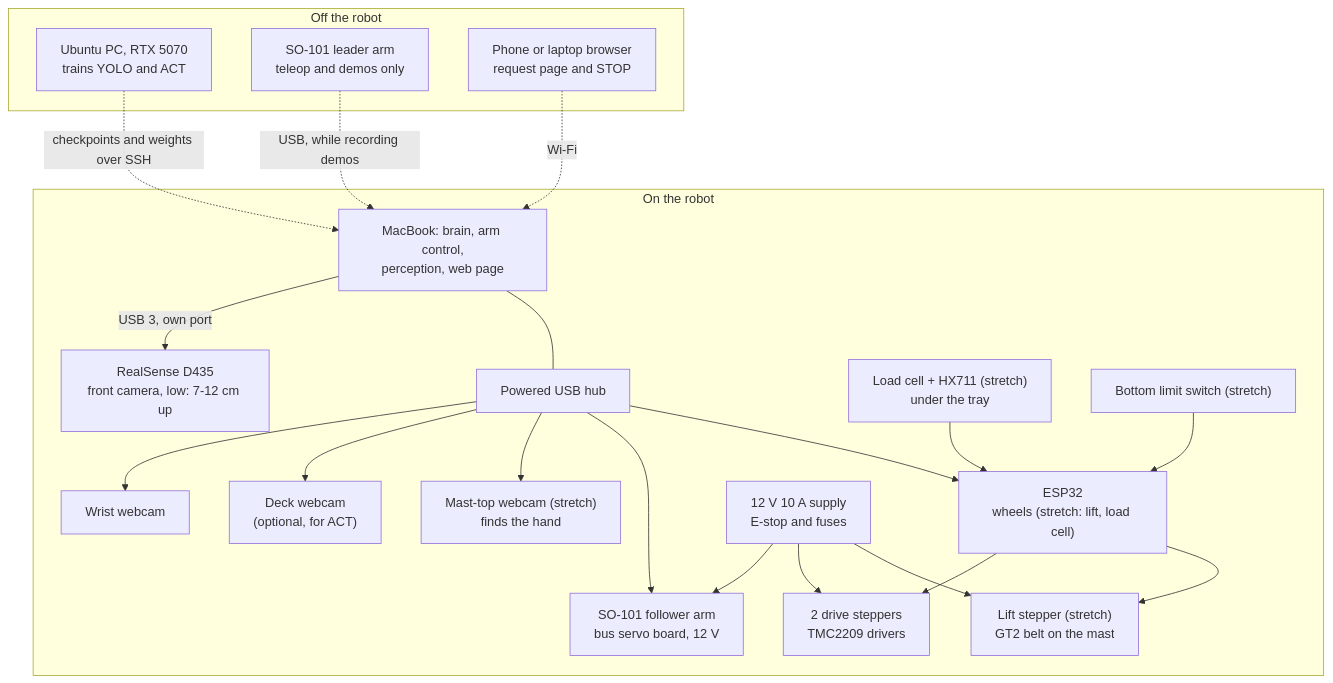
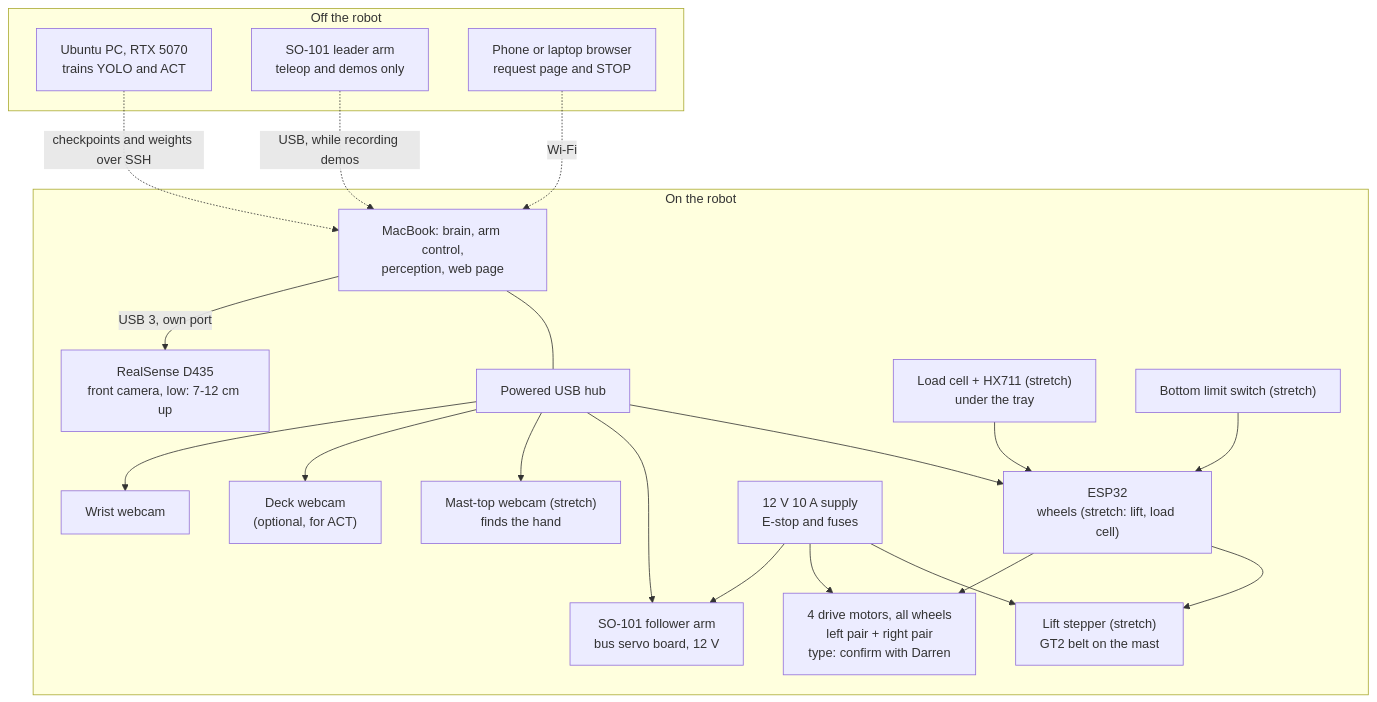
The third of 12 diagrams in plan.md (aarooshpravici/AutoPick-CalHacks), drawn with Mermaid before and after one commit. The commit also changed other lines of this file, not shown here.

First line of the commit message:
Plan: the base is four-wheel drive (skid steering), not two driven + two fixed

````diff
--- a/plan.md
+++ b/plan.md
@@ -121,40 +121,40 @@
 ```mermaid
 flowchart TB
     subgraph OFF["Off the robot"]
         PC["Ubuntu PC, RTX 5070<br/>trains YOLO and ACT"]
         LEADER["SO-101 leader arm<br/>teleop and demos only"]
         BROWSER["Phone or laptop browser<br/>request page and STOP"]
     end
     subgraph ROBOT["On the robot"]
         MAC["MacBook: brain, arm control,<br/>perception, web page"]
         HUB["Powered USB hub"]
         RS["RealSense D435<br/>front camera, low: 7-12 cm up"]
         WRIST["Wrist webcam"]
         SCENE["Deck webcam<br/>(optional, for ACT)"]
         TOP["Mast-top webcam (stretch)<br/>finds the hand"]
         ARM["SO-101 follower arm<br/>bus servo board, 12 V"]
         ESP["ESP32<br/>wheels (stretch: lift, load cell)"]
-        DRV["2 drive steppers<br/>TMC2209 drivers"]
+        DRV["4 drive motors, all wheels<br/>left pair + right pair<br/>type: confirm with Darren"]
         LIFT["Lift stepper (stretch)<br/>GT2 belt on the mast"]
         LOAD["Load cell + HX711 (stretch)<br/>under the tray"]
         LIM["Bottom limit switch (stretch)"]
         PWR["12 V 10 A supply<br/>E-stop and fuses"]
     end
     MAC -->|"USB 3, own port"| RS
     MAC --- HUB
     HUB --> WRIST
     HUB --> SCENE
     HUB --> TOP
     HUB --> ARM
     HUB --> ESP
     ESP --> DRV
     ESP --> LIFT
     LOAD --> ESP
     LIM --> ESP
     PWR --> ARM
     PWR --> DRV
     PWR --> LIFT
     PC -.->|"checkpoints and weights over SSH"| MAC
     LEADER -.->|"USB, while recording demos"| MAC
     BROWSER -.->|"Wi-Fi"| MAC
 ```
````
